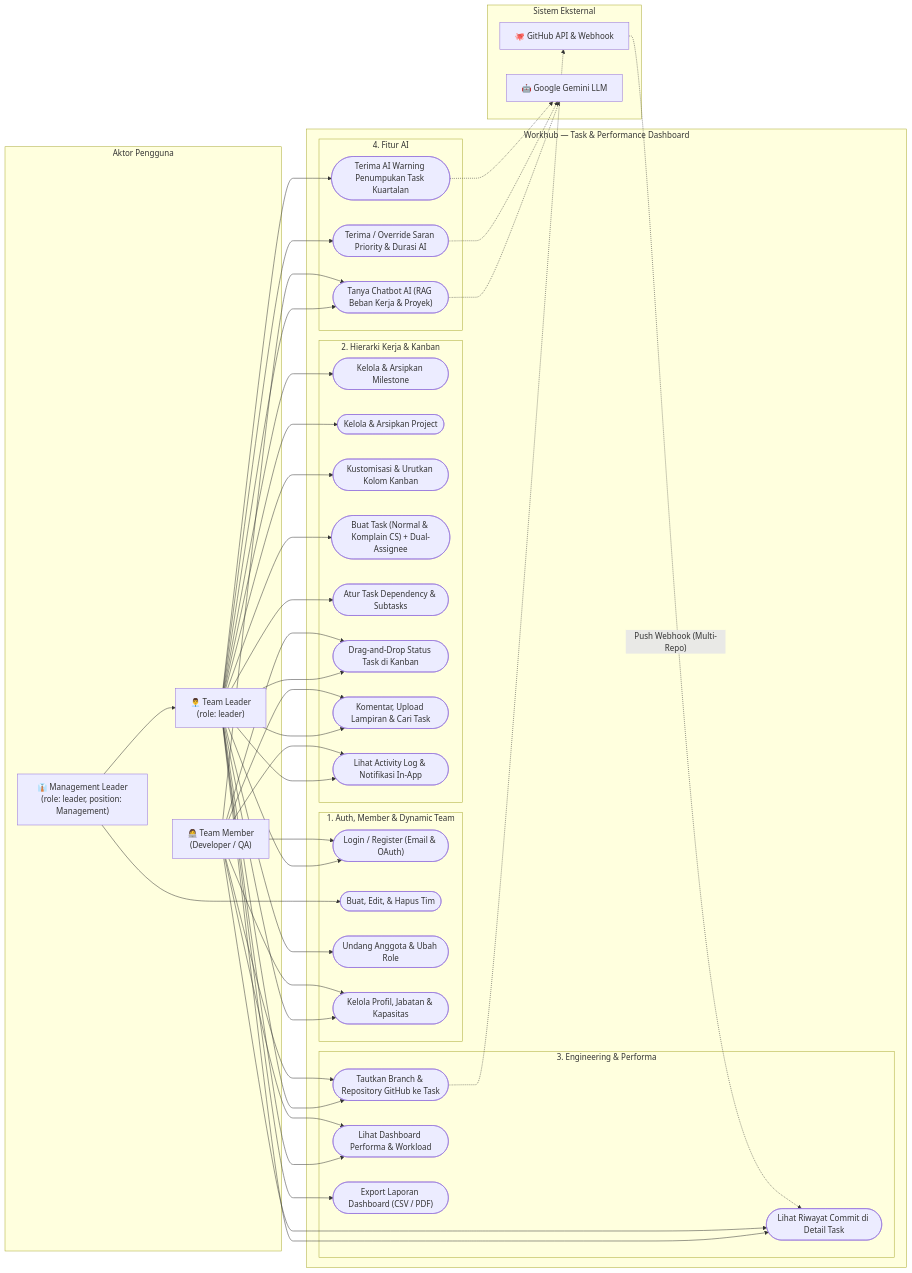
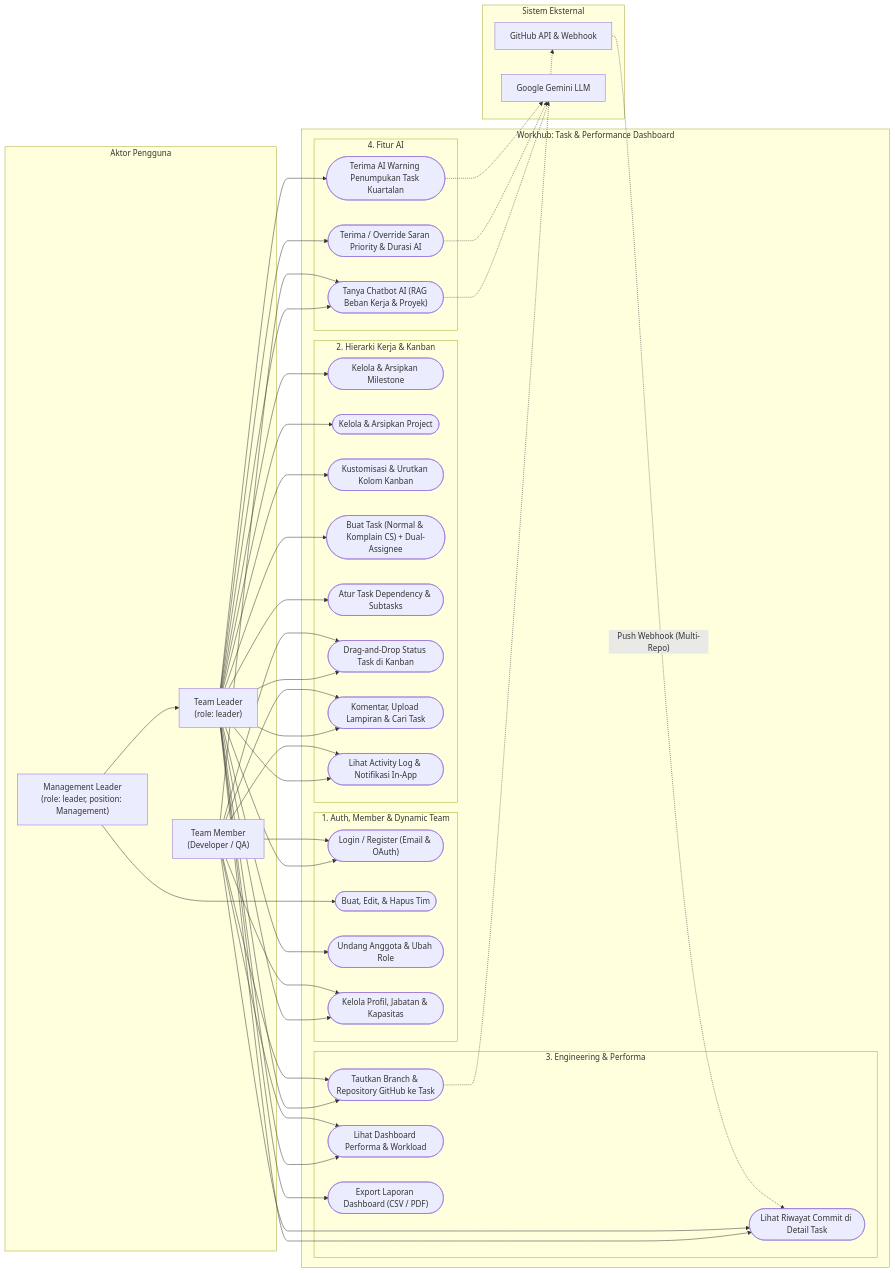
The seventh of 7 diagrams in docs/diagram.md (liv-lauflove/workhub), drawn with Mermaid before and after one commit. The commit also changed other lines of this file and 9 other files, not shown here.

````diff
--- a/docs/diagram.md
+++ b/docs/diagram.md
@@ -380,17 +380,17 @@
 ```mermaid
 flowchart LR
     subgraph Actors["Aktor Pengguna"]
-        Mgmt["👔 Management Leader\n(role: leader, position: Management)"]
-        Leader["👨‍💼 Team Leader\n(role: leader)"]
-        Member["👩‍💻 Team Member\n(Developer / QA)"]
+        Mgmt["Management Leader\n(role: leader, position: Management)"]
+        Leader["Team Leader\n(role: leader)"]
+        Member["Team Member\n(Developer / QA)"]
     end
 
     subgraph External["Sistem Eksternal"]
-        GitHub["🐙 GitHub API & Webhook"]
-        LLM["🤖 Google Gemini LLM"]
+        GitHub["GitHub API & Webhook"]
+        LLM["Google Gemini LLM"]
     end
 
-    subgraph System["Workhub — Task & Performance Dashboard"]
+    subgraph System["Workhub: Task & Performance Dashboard"]
         subgraph AuthTeam["1. Auth, Member & Dynamic Team"]
             UC_Login(["Login / Register (Email & OAuth)"])
             UC_ManageTeams(["Buat, Edit, & Hapus Tim"])
````
